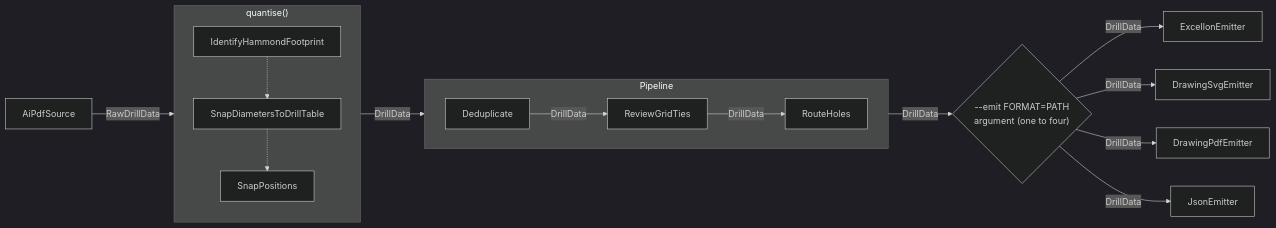
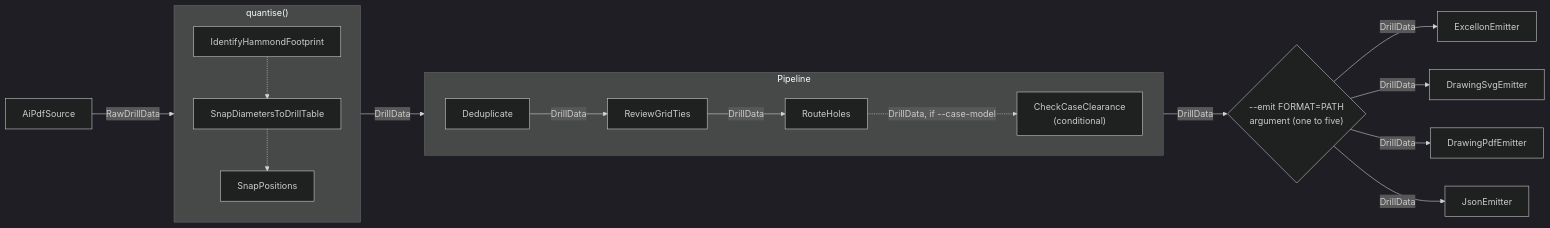
One commit to sheophe/stompcad changed the diagram in docs/adr/0001-pipeline-and-emitter-adapters.md. Above: the diagram before and after it, drawn with Mermaid (dark theme). The commit also changed other lines of this file and 2 other files, not shown here.

Commit message:
Make two ADRs state what is true
ADR-0001 counted four emitters where there are five, in prose and again inside
its diagram, and drew a three-stage pipeline when CheckCaseClearance is a fourth
whenever a case model is supplied.

ADR-0007's status said the step extra is retired. ADR-0009 makes that contingent
on stompgeom landing, and the extra is still declared and still documented, so
the status now says pending. Only the tense changes: why the extra existed is
history and stands.

CLAUDE.md's recorded suite counts were also refreshed, because tasks 2, 3 and 4
added tests to both packages since those numbers were last measured: stompmodel
238 -> 240, and stompdrill under --hammond 1154 -> 1161.

````diff
--- a/docs/adr/0001-pipeline-and-emitter-adapters.md
+++ b/docs/adr/0001-pipeline-and-emitter-adapters.md
@@ -42,36 +42,38 @@
 ```mermaid
 flowchart LR
     source["AiPdfSource"]
 
     subgraph quantise["quantise()"]
         direction TB
         footprint["IdentifyHammondFootprint"]
         snap_drill["SnapDiametersToDrillTable"]
         snap_position["SnapPositions"]
         footprint -.-> snap_drill
         snap_drill -.-> snap_position
     end
 
     subgraph pipeline["Pipeline"]
         direction LR
         dedupe["Deduplicate"]
         ties["ReviewGridTies"]
         route["RouteHoles"]
+        clearance["CheckCaseClearance<br/>(conditional)"]
         dedupe -->|DrillData| ties
         ties -->|DrillData| route
+        route -.->|DrillData, if --case-model| clearance
     end
 
     excellon["ExcellonEmitter"]
     drawing["DrawingSvgEmitter"]
     drawing_pdf["DrawingPdfEmitter"]
     json["JsonEmitter"]
-    selected{"--emit FORMAT=PATH<br/>argument (one to four)"}
+    selected{"--emit FORMAT=PATH<br/>argument (one to five)"}
 
     source -->|RawDrillData| quantise
     quantise -->|DrillData| dedupe
     route -->|DrillData| selected
     selected -->|DrillData| excellon
     selected -->|DrillData| drawing
     selected -->|DrillData| drawing_pdf
     selected -->|DrillData| json
 ```
````
